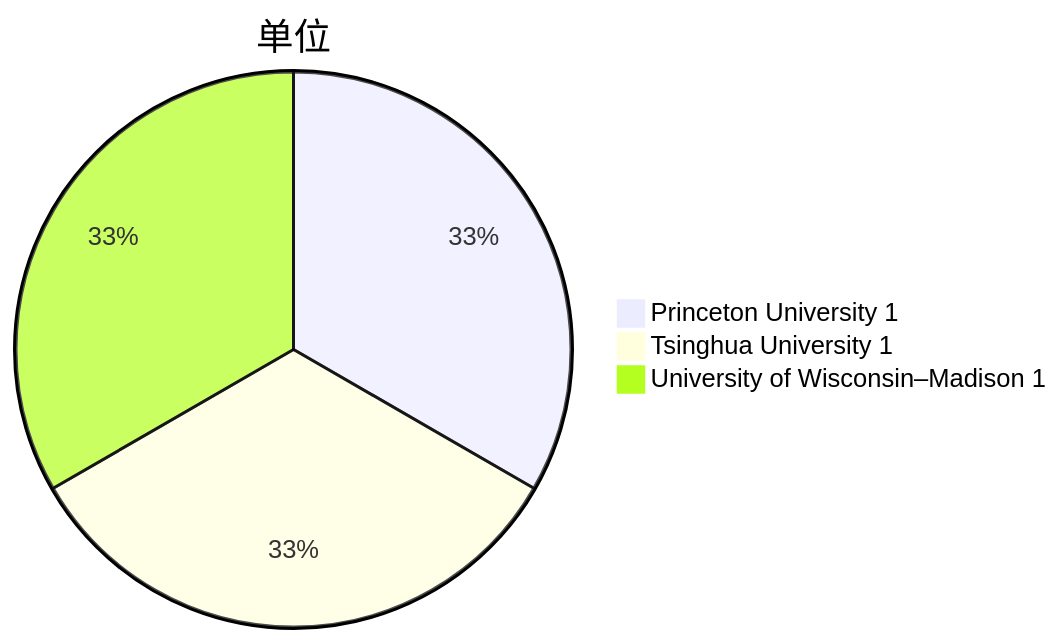
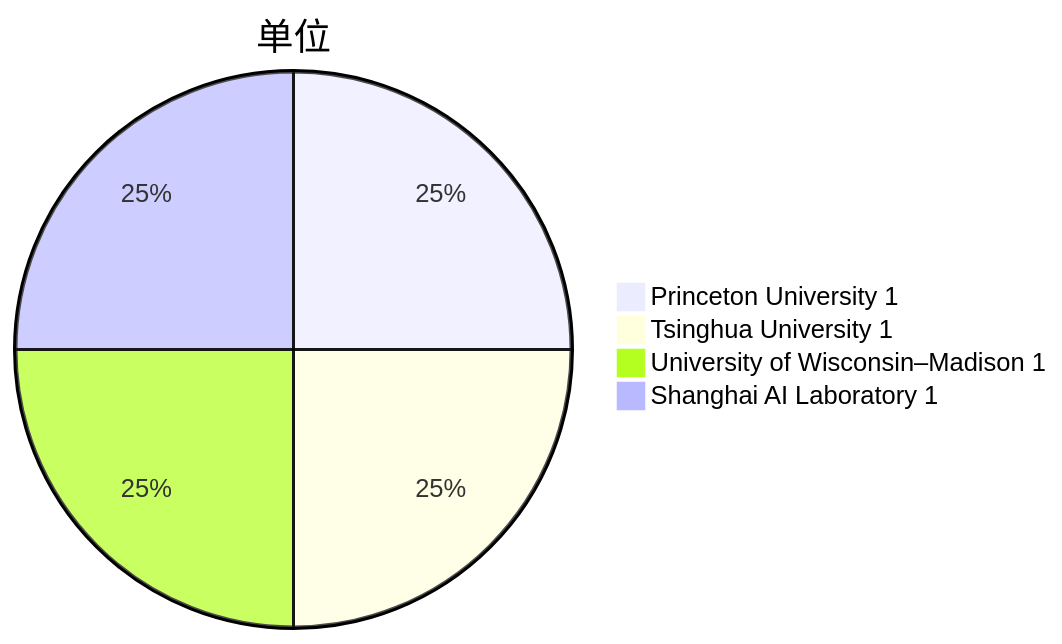
The third of 5 diagrams in Attack/Jailbreak/VLVM/analyse.md (Elephant-King9/Paper), drawn with Mermaid before and after one commit. The commit also changed other lines of this file and 5 other files, not shown here.

````diff
--- a/Attack/Jailbreak/VLVM/analyse.md
+++ b/Attack/Jailbreak/VLVM/analyse.md
@@ -29,6 +31,7 @@
 ```mermaid
 pie title 单位
     "Princeton University 1" : 1
     "Tsinghua University 1" : 1
     "University of Wisconsin–Madison 1" : 1
+    "Shanghai AI Laboratory 1" : 1
 ```
````
